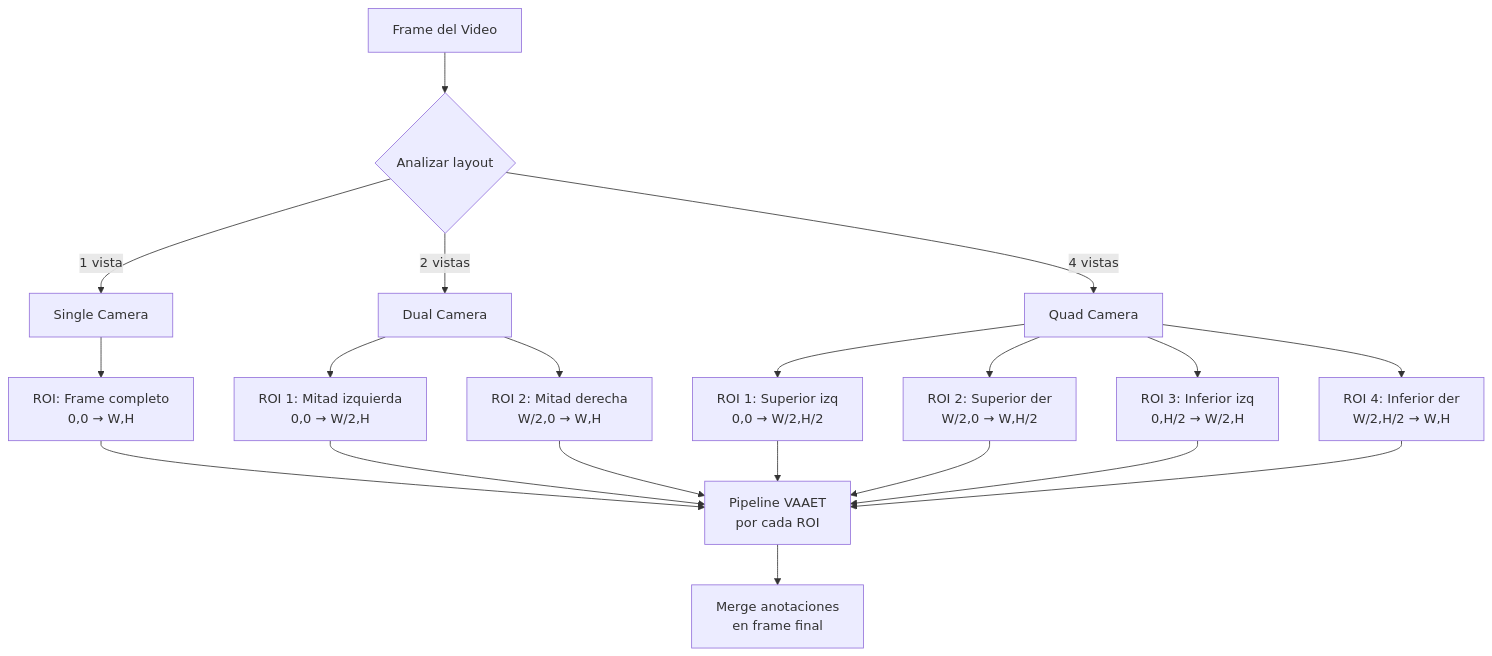
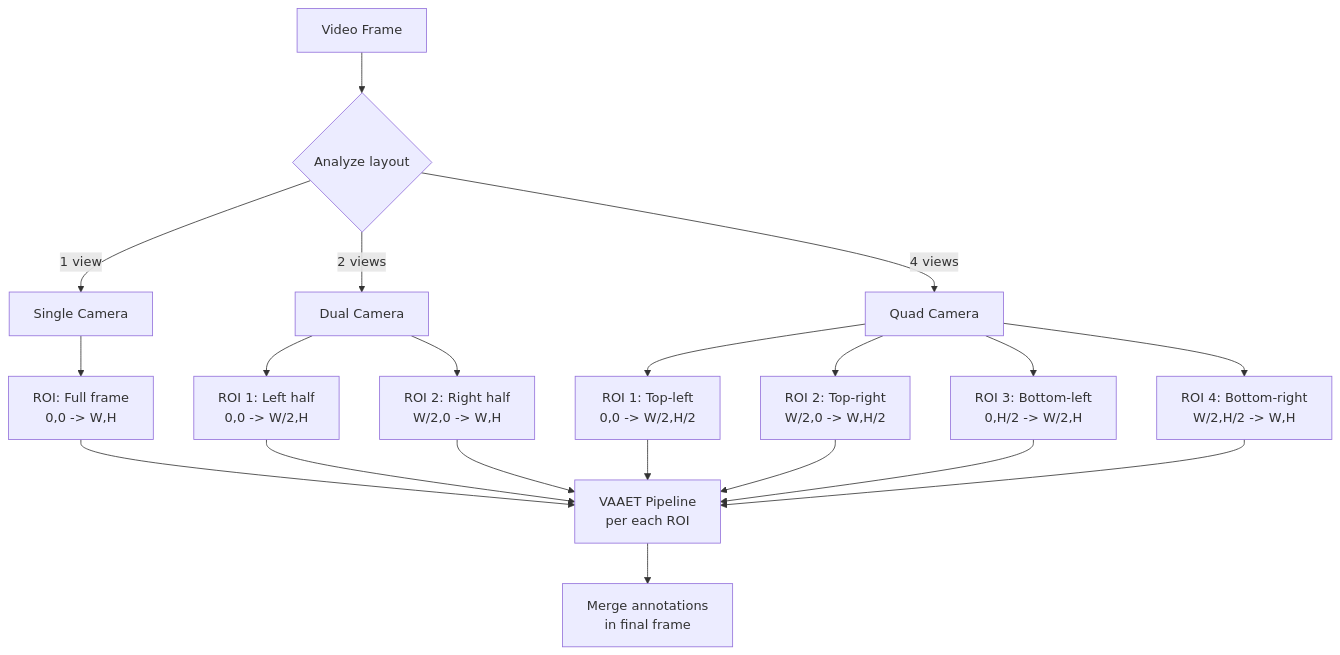
One commit to aka-titesen/vaaet changed the first of 2 diagrams in Docs/diagrams/multi-camera-layout.md. Above: the diagram before and after it, drawn with Mermaid. The commit also changed other lines of this file and 44 other files, not shown here.

````diff
--- a/Docs/diagrams/multi-camera-layout.md
+++ b/Docs/diagrams/multi-camera-layout.md
@@ -8,21 +8,21 @@
 ```mermaid
 flowchart TD
-    A[Frame del Video] --> B{Analizar layout}
+    A[Video Frame] --> B{Analyze layout}
     
-    B -->|1 vista| C[Single Camera]
-    B -->|2 vistas| D[Dual Camera]
-    B -->|4 vistas| E[Quad Camera]
+    B -->|1 view| C[Single Camera]
+    B -->|2 views| D[Dual Camera]
+    B -->|4 views| E[Quad Camera]
     
-    C --> F[ROI: Frame completo<br/>0,0 → W,H]
+    C --> F[ROI: Full frame<br/>0,0 -> W,H]
     
-    D --> G[ROI 1: Mitad izquierda<br/>0,0 → W/2,H]
-    D --> H[ROI 2: Mitad derecha<br/>W/2,0 → W,H]
+    D --> G[ROI 1: Left half<br/>0,0 -> W/2,H]
+    D --> H[ROI 2: Right half<br/>W/2,0 -> W,H]
     
-    E --> I[ROI 1: Superior izq<br/>0,0 → W/2,H/2]
-    E --> J[ROI 2: Superior der<br/>W/2,0 → W,H/2]
-    E --> K[ROI 3: Inferior izq<br/>0,H/2 → W/2,H]
-    E --> L[ROI 4: Inferior der<br/>W/2,H/2 → W,H]
+    E --> I[ROI 1: Top-left<br/>0,0 -> W/2,H/2]
+    E --> J[ROI 2: Top-right<br/>W/2,0 -> W,H/2]
+    E --> K[ROI 3: Bottom-left<br/>0,H/2 -> W/2,H]
+    E --> L[ROI 4: Bottom-right<br/>W/2,H/2 -> W,H]
     
-    F & G & H & I & J & K & L --> M[Pipeline VAAET<br/>por cada ROI]
-    M --> N[Merge anotaciones<br/>en frame final]
+    F & G & H & I & J & K & L --> M[VAAET Pipeline<br/>per each ROI]
+    M --> N[Merge annotations<br/>in final frame]
 ```
````
